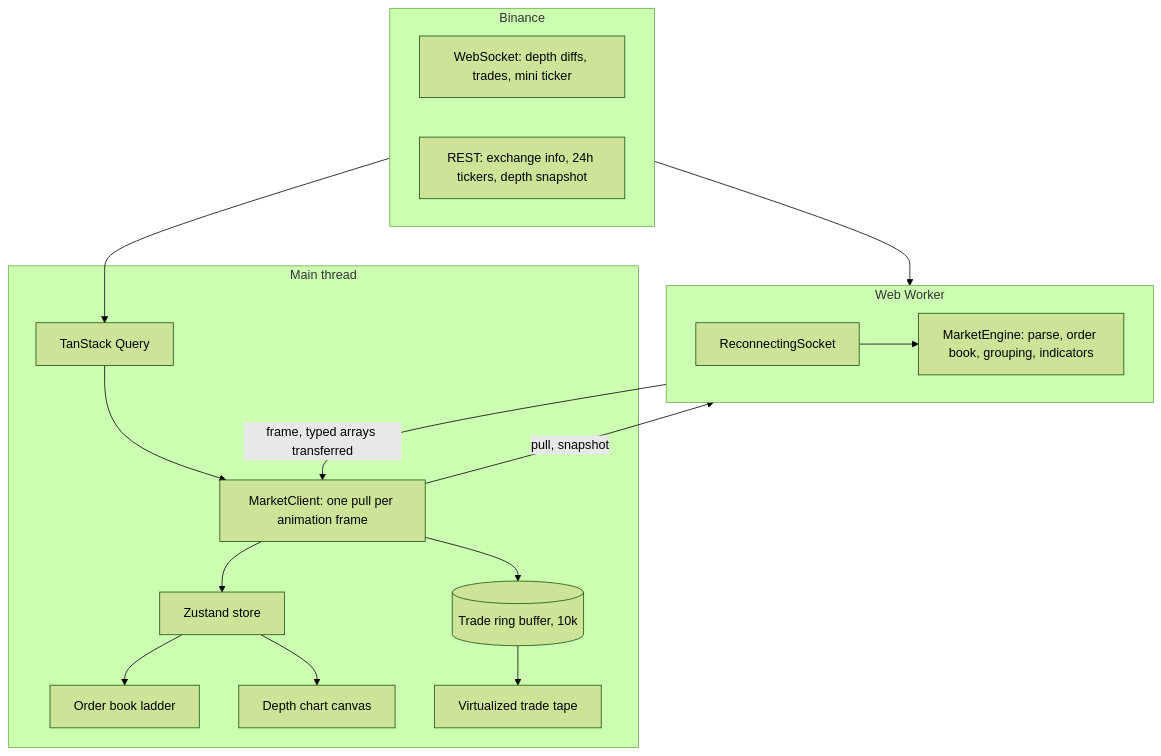
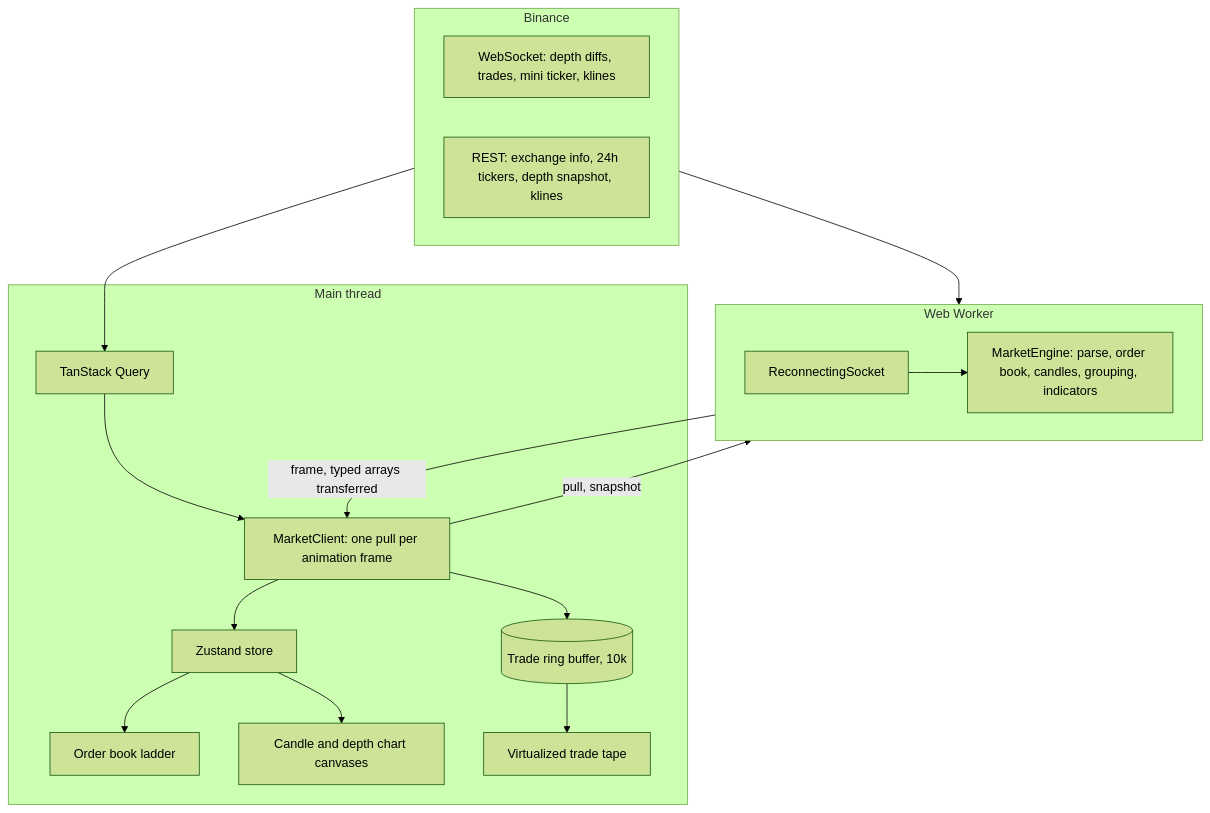
One commit to arthurfrollini/market-terminal changed the diagram in README.md. Above: the diagram before and after it, drawn with Mermaid (forest theme). The commit also changed other lines of this file and 1 other file, not shown here.

First line of the commit message:
Describe the candle chart in the README

````diff
--- a/README.md
+++ b/README.md
@@ -23,24 +24,24 @@
 ```mermaid
 flowchart TB
   subgraph Binance
     direction LR
-    WS[WebSocket: depth diffs, trades, mini ticker]
-    REST[REST: exchange info, 24h tickers, depth snapshot]
+    WS[WebSocket: depth diffs, trades, mini ticker, klines]
+    REST[REST: exchange info, 24h tickers, depth snapshot, klines]
   end
   subgraph Worker[Web Worker]
     direction LR
-    Socket[ReconnectingSocket] --> Engine[MarketEngine: parse, order book, grouping, indicators]
+    Socket[ReconnectingSocket] --> Engine[MarketEngine: parse, order book, candles, grouping, indicators]
   end
   subgraph Main[Main thread]
     Query[TanStack Query] --> Client[MarketClient: one pull per animation frame]
     Client --> Store[Zustand store]
     Client --> Tape[(Trade ring buffer, 10k)]
     Store --> Ladder[Order book ladder]
-    Store --> Canvas[Depth chart canvas]
+    Store --> Canvas[Candle and depth chart canvases]
     Tape --> Virtual[Virtualized trade tape]
   end
   WS --> Socket
   REST --> Query
   Engine -- frame, typed arrays transferred --> Client
   Client -- pull, snapshot --> Engine
 ```
````
